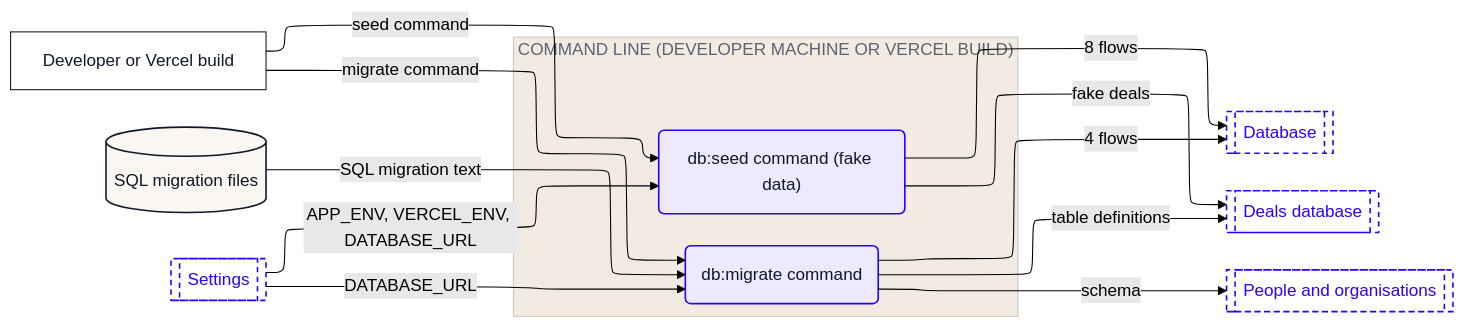
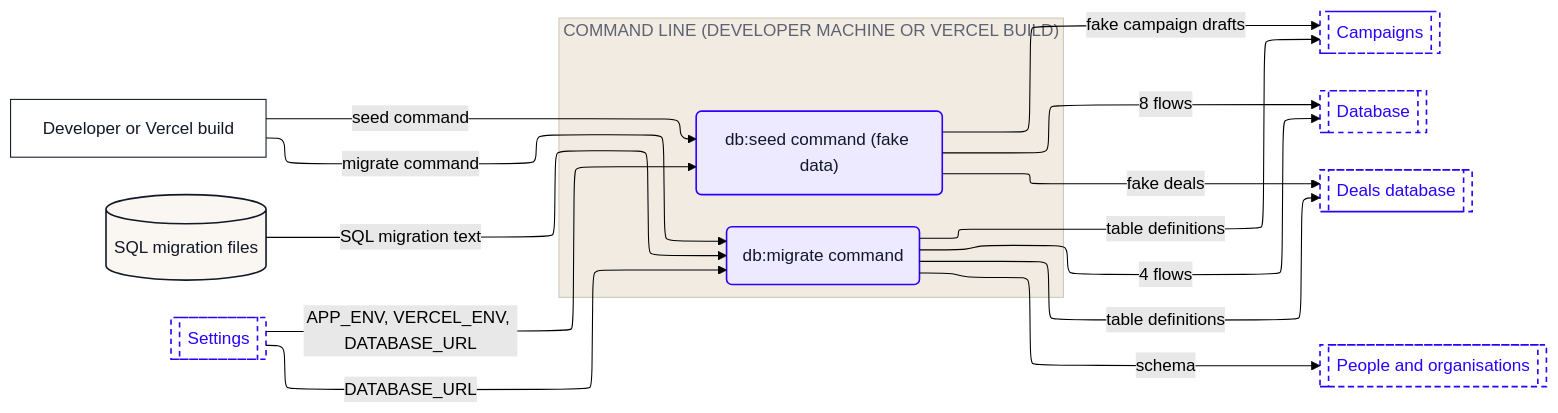
Before and after one commit to Romain-Perche/Barnacle-Pipe: the fifth of 12 diagrams in dataflow/DATAFLOW.md, drawn with Mermaid (forest theme). The commit also changed other lines of this file and 12 other files, not shown here.

````diff
--- a/dataflow/DATAFLOW.md
+++ b/dataflow/DATAFLOW.md
@@ -255,38 +304,41 @@
 ```mermaid
 ---
 config:
   layout: elk
 ---
 flowchart LR
     n1["Developer or Vercel build"]
     n2[("SQL migration files")]
     subgraph z1["COMMAND LINE (DEVELOPER MACHINE OR VERCEL BUILD)"]
         n3("db:migrate command")
         n4("db:seed command (fake data)")
     end
-    n5[["Database"]]
-    n6[["Deals database"]]
-    n7[["People and organisations"]]
-    n8[["Settings"]]
+    n5[["Campaigns"]]
+    n6[["Database"]]
+    n7[["Deals database"]]
+    n8[["People and organisations"]]
+    n9[["Settings"]]
     n1 -->|"migrate command"| n3
     n1 -->|"seed command"| n4
-    n8 -->|"DATABASE_URL"| n3
-    n8 -->|"APP_ENV, VERCEL_ENV, DATABASE_URL"| n4
-    n3 -->|"4 flows"| n5
-    n3 -->|"table definitions"| n6
-    n3 -->|"schema"| n7
+    n9 -->|"DATABASE_URL"| n3
+    n9 -->|"APP_ENV, VERCEL_ENV, DATABASE_URL"| n4
+    n3 -->|"4 flows"| n6
+    n3 -->|"table definitions"| n5
+    n3 -->|"table definitions"| n7
+    n3 -->|"schema"| n8
     n2 -->|"SQL migration text"| n3
-    n4 -->|"8 flows"| n5
-    n4 -->|"fake deals"| n6
+    n4 -->|"8 flows"| n6
+    n4 -->|"fake campaign drafts"| n5
+    n4 -->|"fake deals"| n7
     classDef actor fill:#FFFFFF,stroke:#111827,stroke-width:1px,color:#111827
     classDef process fill:#EDEAFF,stroke:#2B00FF,stroke-width:1.5px,color:#111827
     classDef store fill:#FAF6F1,stroke:#111827,stroke-width:1.5px,color:#111827
     classDef zone fill:#1A1A1A,stroke:#1A1A1A,color:#FFFFFF
     classDef group fill:#2B00FF,stroke:#2B00FF,color:#FFFFFF
     classDef stub fill:#FFFFFF,stroke:#2B00FF,stroke-width:1.5px,stroke-dasharray:5 4,color:#2B00FF
     class n1 actor
     class n3,n4 process
     class n2 store
-    class n5,n6,n7,n8 stub
+    class n5,n6,n7,n8,n9 stub
     style z1 fill:#F1EBE2,stroke:#CFC7BB,color:#5D6270
 ```
````
